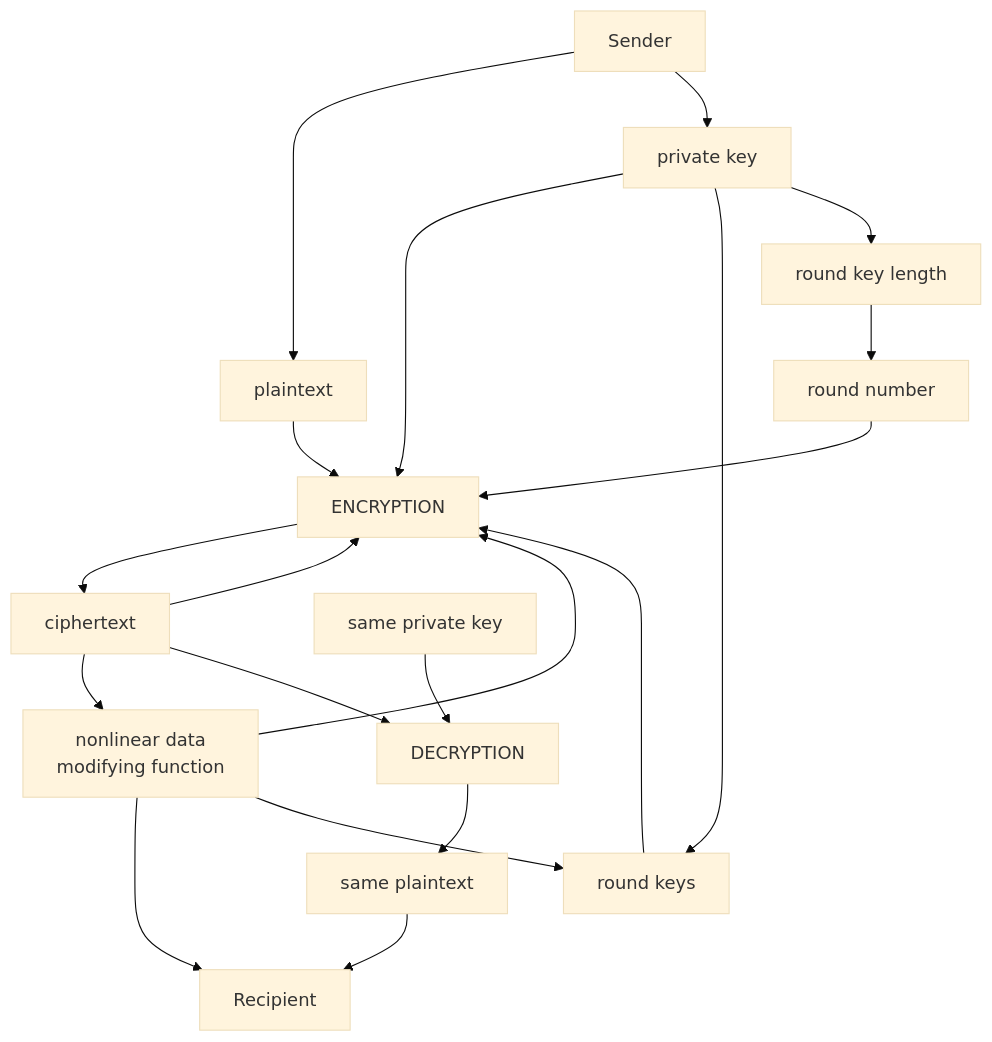
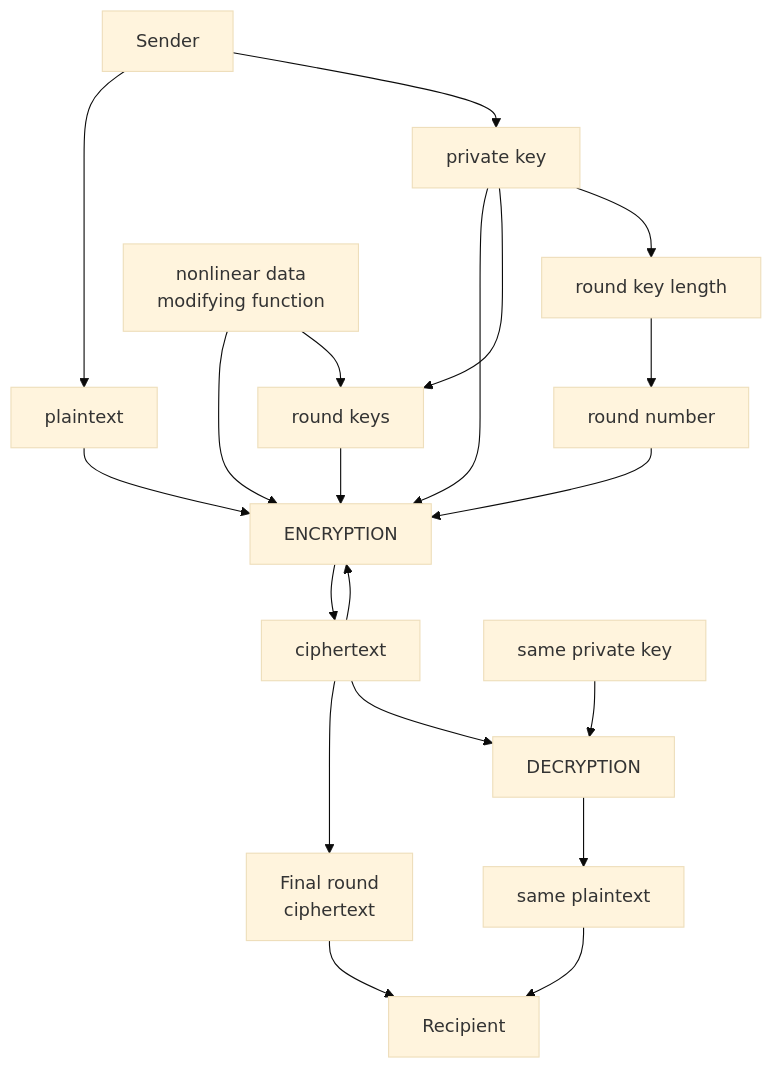
Before and after one commit to Kietpawpan/encryption: the diagram in README.md, drawn with Mermaid (base theme).

````diff
--- a/README.md
+++ b/README.md
@@ -5,13 +5,13 @@
 ```mermaid
 flowchart TD
     A[Sender] --> B[plaintext]-->D
     C[private key]-->D[ENCRYPTION]-->E[ciphertext]-->D
-    E-->FC[Final round\nciphertext]-->F[Recipient]
+    E-->FN[Final round\nciphertext]-->F[Recipient]
     C2[same private key]-->G[DECRYPTION]-->I[same plaintext]-->F
      E-->G
 A-->C
 C-->RK[round keys]-->D
 C-->RKL[round key length]-->RN[round number]-->D
 FC[nonlinear data \nmodifying function]-->D
 FC-->RK
 ```
````
